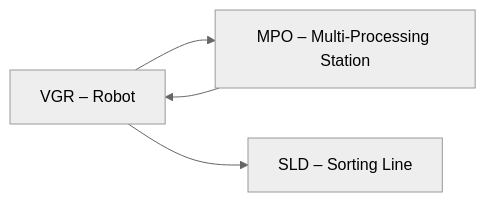
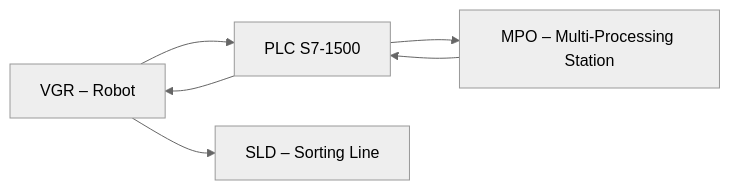
The diagram in microfactory-fischertechnik/02_Componenti_Hardware/02.3_MPO_MultiProcessing_Station.md.md (Youss-elji/my-vault), drawn with Mermaid (neutral theme) before and after one commit. The commit also changed other lines of this file and 15 other files, not shown here.

````diff
--- a/microfactory-fischertechnik/02_Componenti_Hardware/02.3_MPO_MultiProcessing_Station.md.md
+++ b/microfactory-fischertechnik/02_Componenti_Hardware/02.3_MPO_MultiProcessing_Station.md.md
@@ -61,10 +86,14 @@
 ```mermaid
 flowchart LR
-    VGR["VGR – Robot"]
-    MPO["MPO – Multi-Processing Station"]
-    SLD["SLD – Sorting Line"]
-  
-    VGR --> MPO
-    MPO --> VGR
-    VGR --> SLD
+  VGR["VGR – Robot"]
+  PLC["PLC S7-1500"]
+  MPO["MPO – Multi-Processing Station"]
+  SLD["SLD – Sorting Line"]
+
+  VGR --> PLC
+  PLC --> MPO
+  MPO --> PLC
+  PLC --> VGR
+  VGR --> SLD
+
 ```
````
